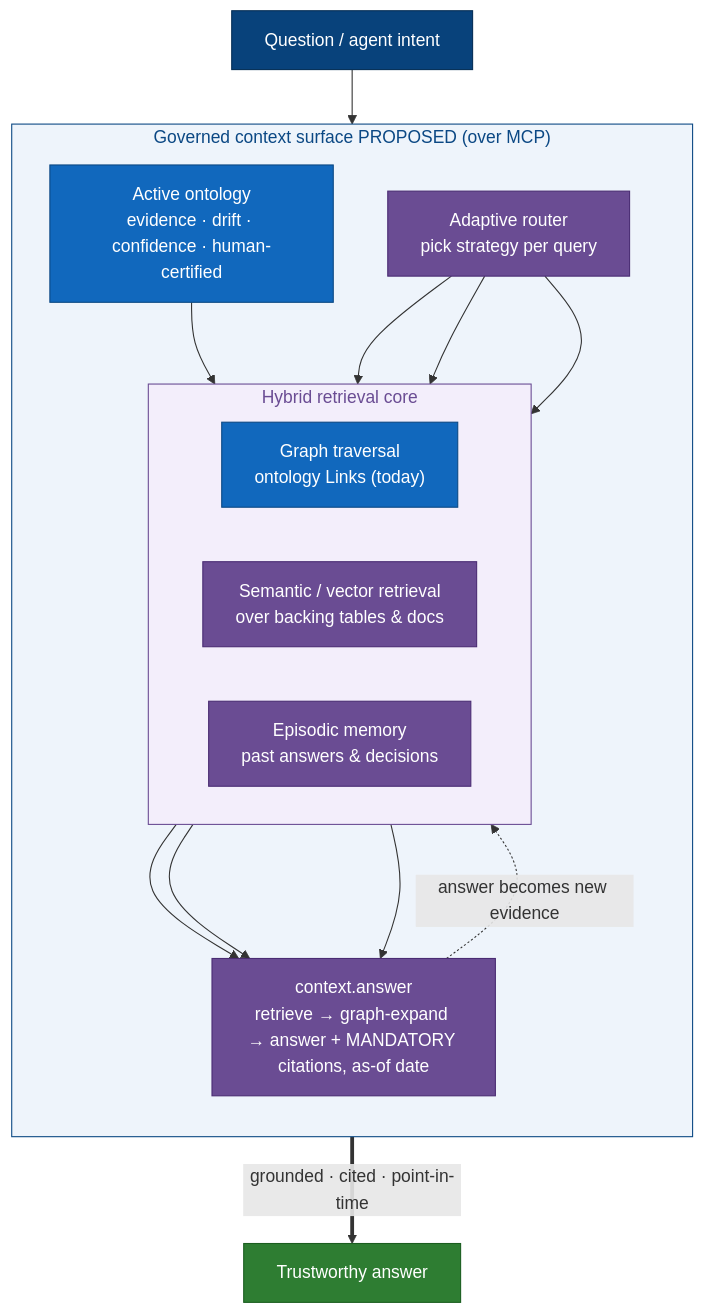
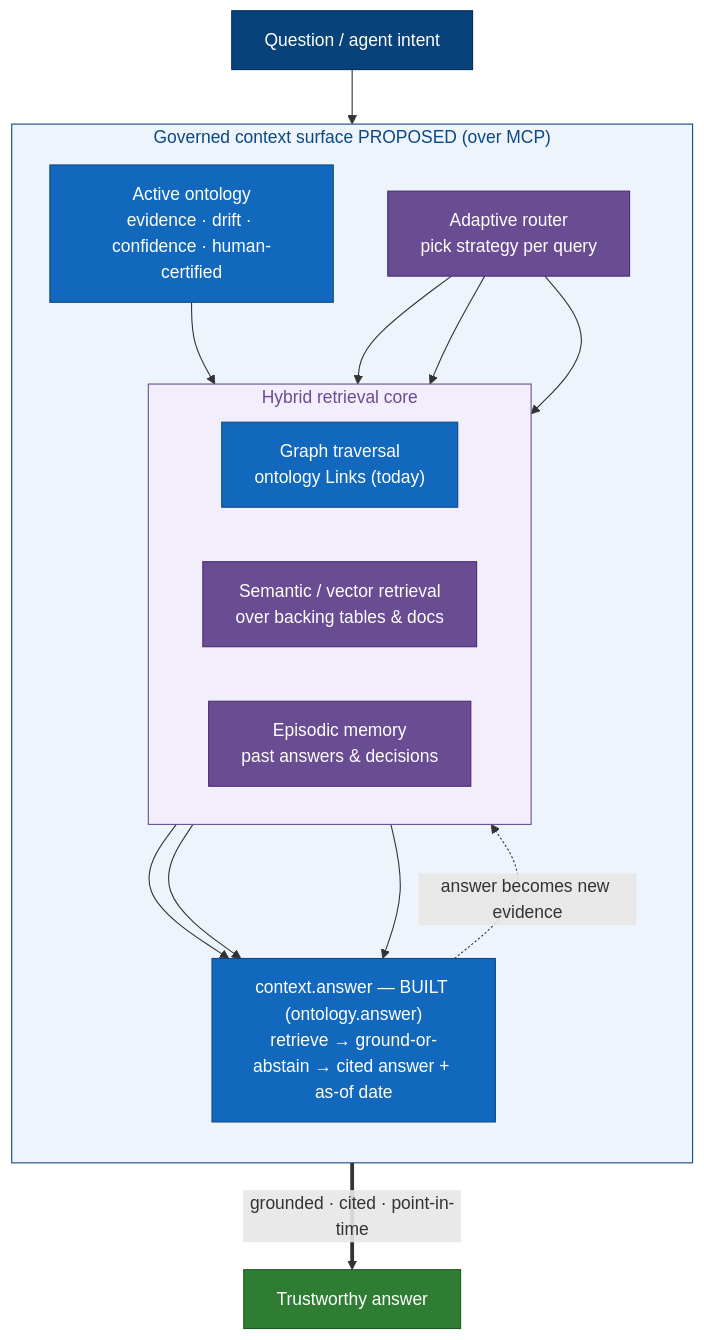
One commit to numan98khan/datadex-architecture changed the tenth of 20 diagrams in MERMAID.md. Above: the diagram before and after it, drawn with Mermaid. The commit also changed other lines of this file and 3 other files, not shown here.

First line of the commit message:
docs: refresh architecture mirror for the current platform state

````diff
--- a/MERMAID.md
+++ b/MERMAID.md
@@ -296,33 +362,33 @@
 ```mermaid
 flowchart TB
   q["Question / agent intent"]:::person
   subgraph surface["Governed context surface PROPOSED (over MCP)"]
     direction TB
     onto["Active ontology<br/>evidence · drift · confidence · human-certified"]:::container
     router["Adaptive router<br/>pick strategy per query"]:::proposed
     subgraph retr["Hybrid retrieval core"]
       direction LR
       gtrav["Graph traversal<br/>ontology Links (today)"]:::container
       vector["Semantic / vector retrieval<br/>over backing tables & docs"]:::proposed
       epis["Episodic memory<br/>past answers & decisions"]:::proposed
     end
-    answer["context.answer<br/>retrieve → graph-expand → answer + MANDATORY citations, as-of date"]:::proposed
+    answer["context.answer — BUILT (ontology.answer)<br/>retrieve → ground-or-abstain → cited answer + as-of date"]:::container
   end
   q --> router
   onto --> gtrav
   router --> gtrav
   router --> vector
   router --> epis
   gtrav --> answer
   vector --> answer
   epis --> answer
   answer ==>|"grounded · cited · point-in-time"| out["Trustworthy answer"]:::ok
   answer -.->|"answer becomes new evidence"| epis
 
   classDef person fill:#08427b,stroke:#052e56,color:#fff;
   classDef container fill:#1168bd,stroke:#0b4884,color:#fff;
   classDef proposed fill:#6a4c93,stroke:#4a2c73,color:#fff;
   classDef ok fill:#2e7d32,stroke:#1b5e20,color:#fff;
   style surface fill:#eef4fb,stroke:#0b4884,color:#0b4884
   style retr fill:#f3eefb,stroke:#6a4c93,color:#6a4c93
 ```
````
